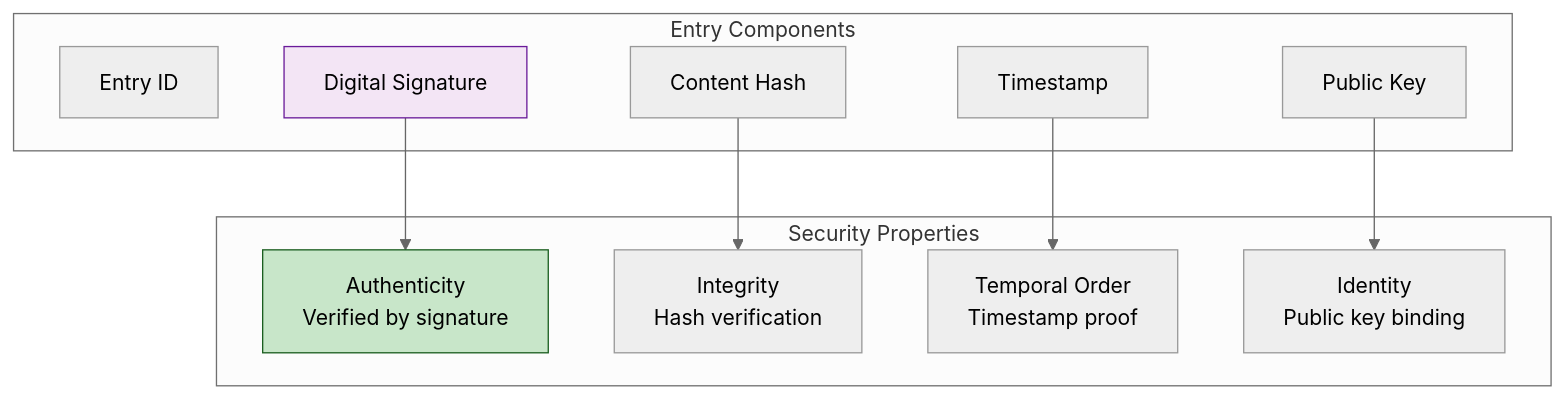
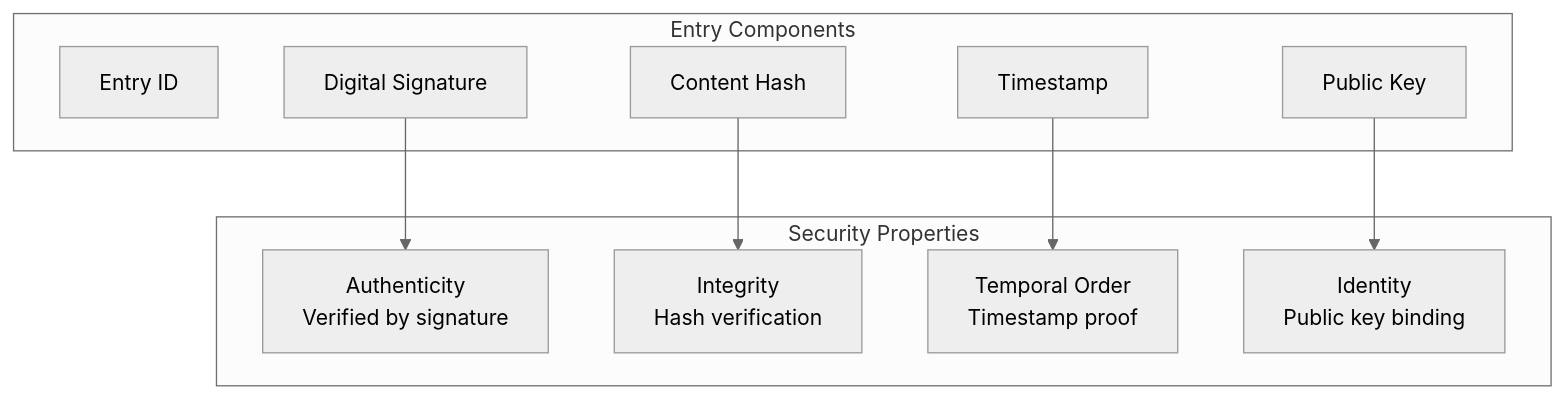
One commit to o2alexanderfedin/angular-cas-disot changed the seventh of 14 diagrams in docs/architecture/security.md. Above: the diagram before and after it, drawn with Mermaid (neutral theme). The commit also changed other lines of this file and 18 other files, not shown here.

````diff
--- a/docs/architecture/security.md
+++ b/docs/architecture/security.md
@@ -235,25 +229,25 @@
 ```mermaid
 graph TD
     subgraph "Entry Components"
         ENTRY_ID[Entry ID]
         TIMESTAMP[Timestamp]
         CONTENT_REF[Content Hash]
         SIGNATURE[Digital Signature]
         PUBKEY[Public Key]
     end
     
     subgraph "Security Properties"
         AUTH[Authenticity<br/>Verified by signature]
         INTEGRITY[Integrity<br/>Hash verification]
         TIME[Temporal Order<br/>Timestamp proof]
         IDENTITY[Identity<br/>Public key binding]
     end
     
     SIGNATURE --> AUTH
     CONTENT_REF --> INTEGRITY
     TIMESTAMP --> TIME
     PUBKEY --> IDENTITY
     
-    style SIGNATURE fill:#f3e5f5,stroke:#6a1b9a
-    style AUTH fill:#c8e6c9,stroke:#1b5e20
+    
+    
 ```
````
